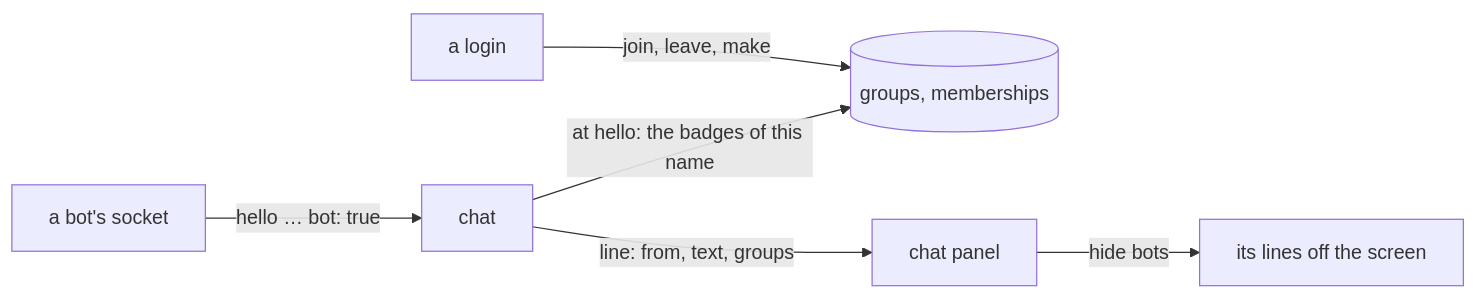
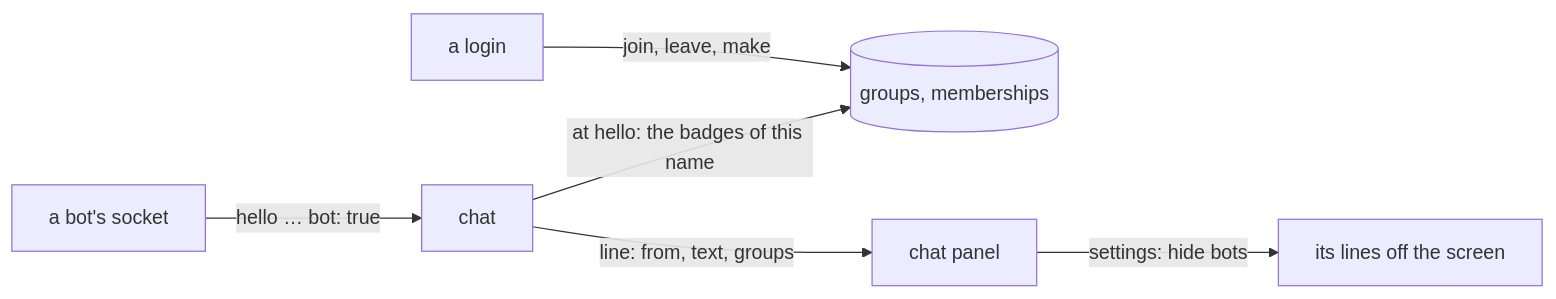
Before and after one commit to ZeroNerodaHero/slop-stream-architecture: the diagram in docs/groups.md, drawn with Mermaid. The commit also changed other lines of this file and 9 other files, not shown here.

First line of the commit message:
chat header: count for screen readers only, no hide-bots button

````diff
--- a/docs/groups.md
+++ b/docs/groups.md
@@ -5,8 +5,8 @@
 ```mermaid
 flowchart LR
   login[a login] -->|join, leave, make| groups[(groups, memberships)]
   chat[chat] -->|at hello: the badges of this name| groups
   chat -->|line: from, text, groups| panel[chat panel]
   bot[a bot's socket] -->|"hello … bot: true"| chat
-  panel -->|hide bots| hidden[its lines off the screen]
+  panel -->|settings: hide bots| hidden[its lines off the screen]
 ```
````
